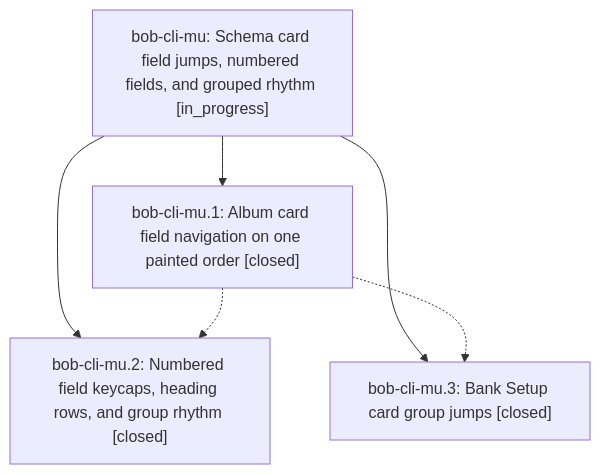
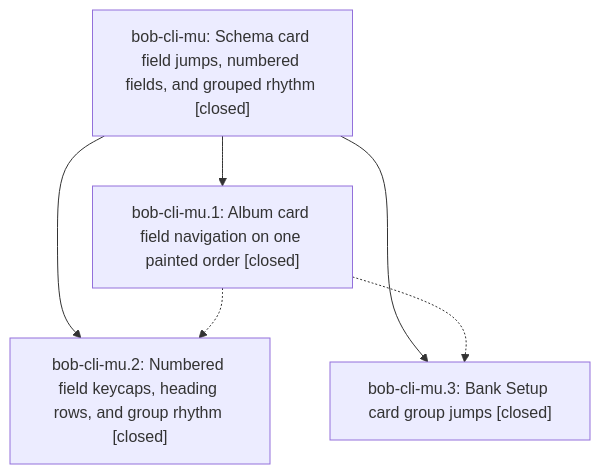
The diagram in pages/bob-cli-mu/README.md (bobs-org/bob-cli--beads), drawn with Mermaid before and after one commit. The commit also changed other lines of this file and 1 other file, not shown here.

First line of the commit message:
chore(beads): sync bead state and pages for bob-cli-mu

````diff
--- a/pages/bob-cli-mu/README.md
+++ b/pages/bob-cli-mu/README.md
@@ -36,12 +71,12 @@
 ```mermaid
 flowchart TD
-    n0["bob-cli-mu: Schema card field jumps, numbered fields, and grouped rhythm [in_progress]"]
+    n0["bob-cli-mu: Schema card field jumps, numbered fields, and grouped rhythm [closed]"]
     n1["bob-cli-mu.1: Album card field navigation on one painted order [closed]"]
     n2["bob-cli-mu.2: Numbered field keycaps, heading rows, and group rhythm [closed]"]
     n3["bob-cli-mu.3: Bank Setup card group jumps [closed]"]
     n0 --> n1
     n0 --> n2
     n0 --> n3
     n1 -.-> n2
     n1 -.-> n3
 ```
````
